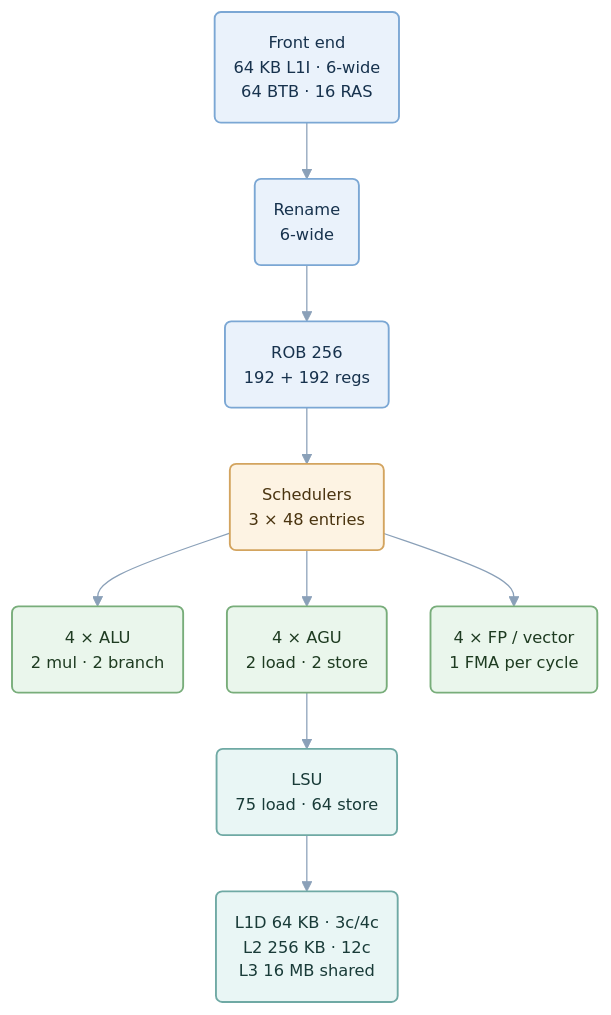
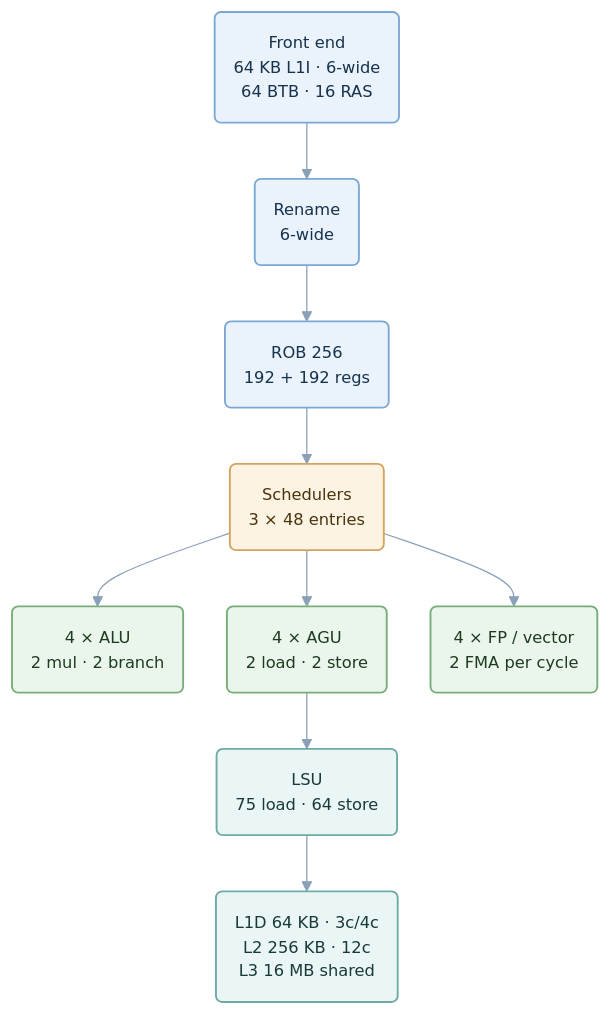
One commit to jiegec/unofficial-loongarch-software-optimization-guide changed the first of 2 diagrams in docs/microarchitecture/block-diagram.md. Above: the diagram before and after it, drawn with Mermaid. The commit also changed other lines of this file and 16 other files, not shown here.

````diff
--- a/docs/microarchitecture/block-diagram.md
+++ b/docs/microarchitecture/block-diagram.md
@@ -11,29 +11,29 @@
 ```mermaid
 %%{init: {"theme":"base","flowchart":{"curve":"basis","nodeSpacing":35,"rankSpacing":45},"themeVariables":{"fontFamily":"Inter, Helvetica, Arial, sans-serif","fontSize":"13px","lineColor":"#8aa0b8","primaryTextColor":"#1f2937"}}}%%
 flowchart TB
   FE("Front end<br/>64 KB L1I · 6-wide<br/>64 BTB · 16 RAS")
   REN("Rename<br/>6-wide")
   ROB("ROB 256<br/>192 + 192 regs")
   SCH("Schedulers<br/>3 × 48 entries")
   ALU("4 × ALU<br/>2 mul · 2 branch")
   AGU("4 × AGU<br/>2 load · 2 store")
-  FPV("4 × FP / vector<br/>1 FMA per cycle")
+  FPV("4 × FP / vector<br/>2 FMA per cycle")
   LSU("LSU<br/>75 load · 64 store")
   MEM("L1D 64 KB · 3c/4c<br/>L2 256 KB · 12c<br/>L3 16 MB shared")
 
   FE --> REN --> ROB --> SCH
   SCH --> ALU
   SCH --> AGU
   SCH --> FPV
   AGU --> LSU --> MEM
 
   classDef fe fill:#eaf2fb,stroke:#7ba7d4,stroke-width:1.5px,color:#17324d
   classDef be fill:#f2edfa,stroke:#9a86c4,stroke-width:1.5px,color:#2e2450
   classDef sc fill:#fdf3e3,stroke:#d3a45f,stroke-width:1.5px,color:#4a3410
   classDef ex fill:#eaf6ec,stroke:#78ad7a,stroke-width:1.5px,color:#1e3b21
   classDef mem fill:#e9f6f5,stroke:#6fa9a4,stroke-width:1.5px,color:#193b38
   class FE,REN,ROB fe
   class SCH sc
   class ALU,AGU,FPV ex
   class LSU,MEM mem
 ```
````
